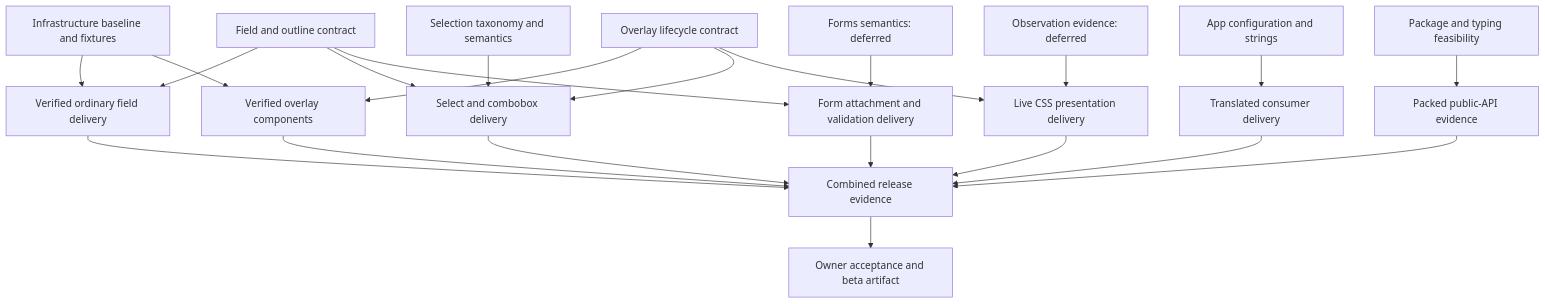
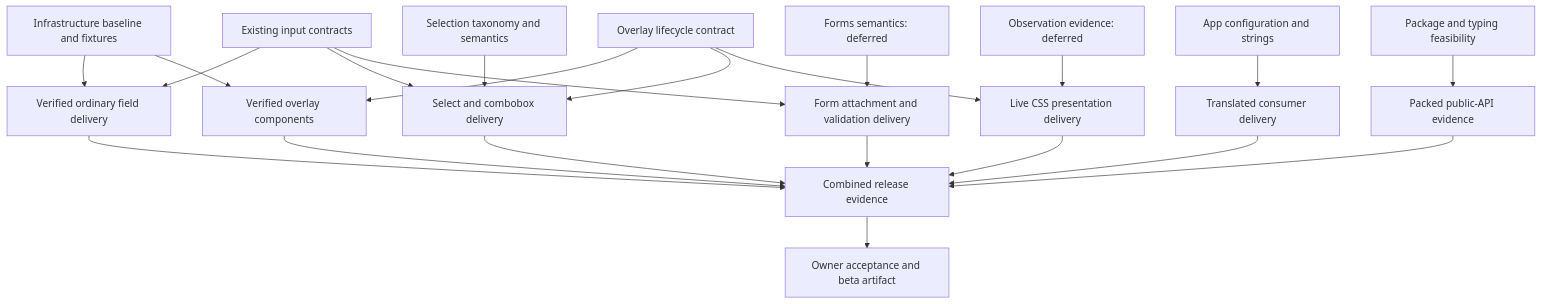
One commit to rashfael/buntpapier changed the diagram in quests/beta/spec.md. Above: the diagram before and after it, drawn with Mermaid. The commit also changed other lines of this file and 81 other files, not shown here.

````diff
--- a/quests/beta/spec.md
+++ b/quests/beta/spec.md
@@ -68,24 +94,24 @@
 ```mermaid
 flowchart TD
   I[Infrastructure baseline and fixtures] --> F[Verified ordinary field delivery]
-  FC[Field and outline contract] --> F
+  FC[Existing input contracts] --> F
   I --> O[Verified overlay components]
   OC[Overlay lifecycle contract] --> O
   OC --> S[Select and combobox delivery]
   SC[Selection taxonomy and semantics] --> S
   FC --> S
   V[Forms semantics: deferred] --> A[Form attachment and validation delivery]
   FC --> A
   B[Observation evidence: deferred] --> L[Live CSS presentation delivery]
   OC --> L
   C[App configuration and strings] --> T[Translated consumer delivery]
   P[Package and typing feasibility] --> PC[Packed public-API evidence]
   F --> R[Combined release evidence]
   O --> R
   S --> R
   A --> R
   L --> R
   T --> R
   PC --> R
   R --> BA[Owner acceptance and beta artifact]
 ```
````
